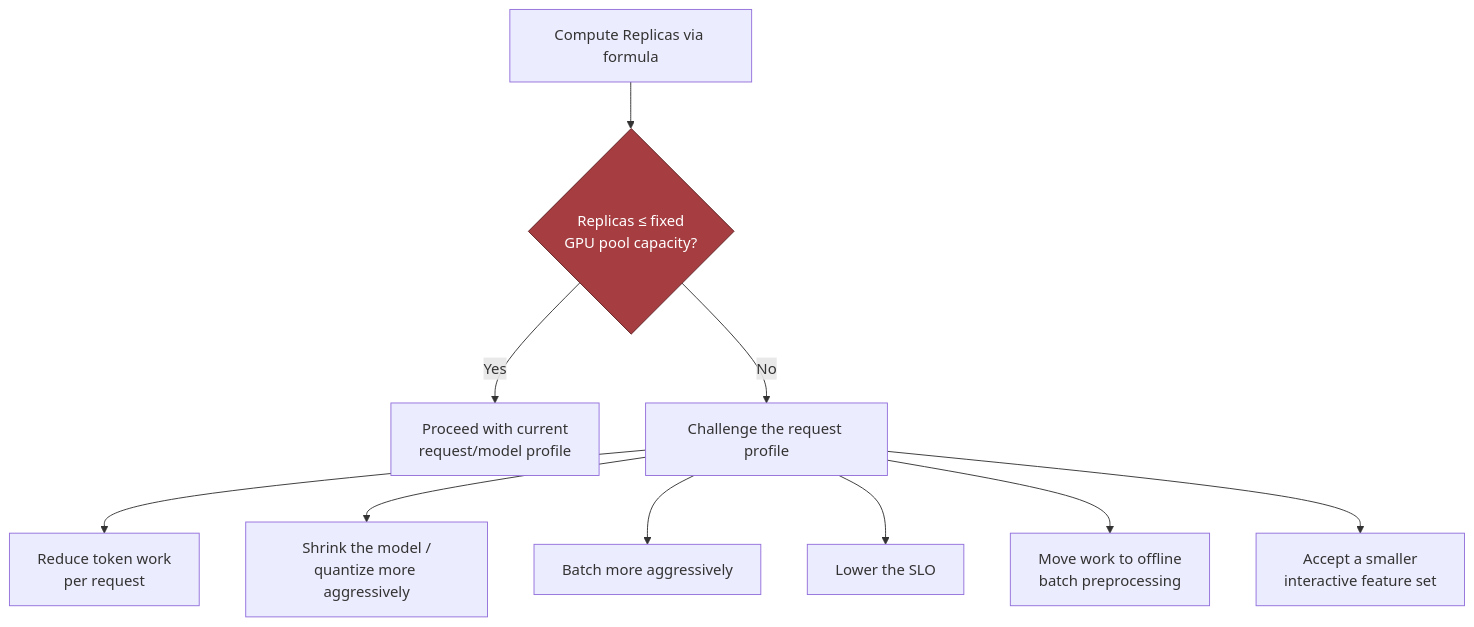
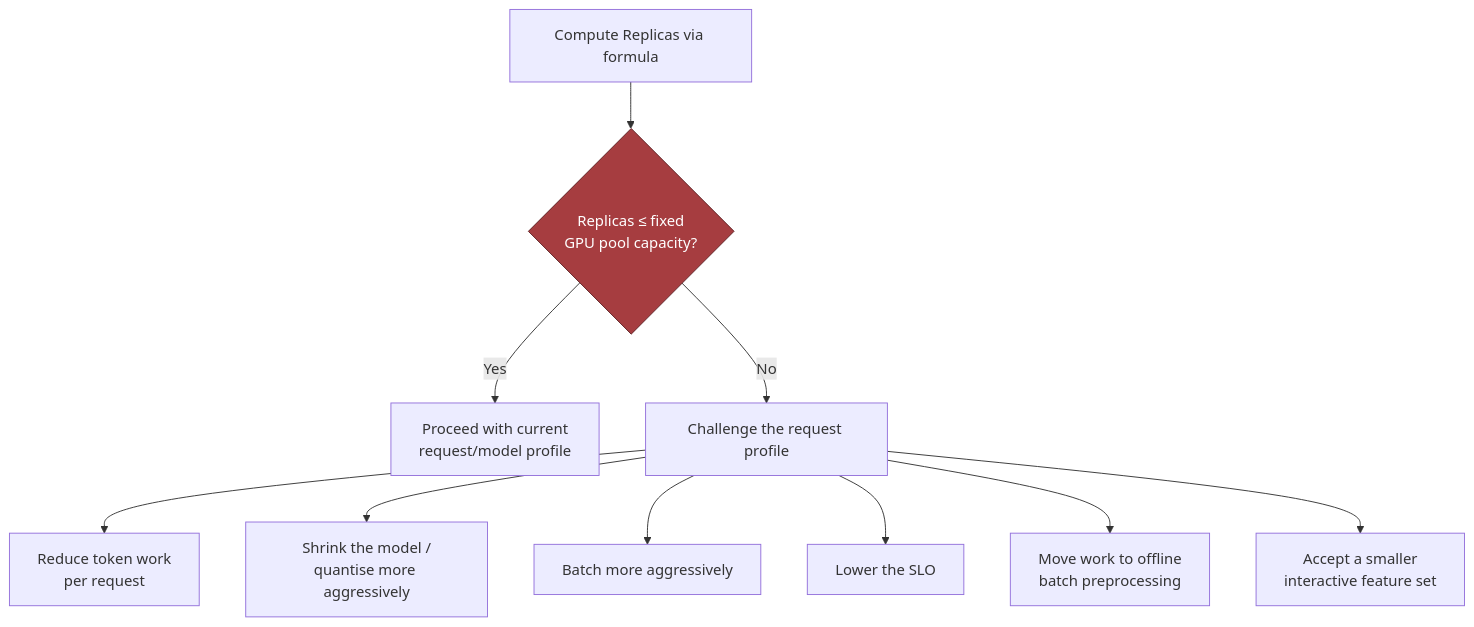
One commit to Sourav692/Forward-Deployed-Engineer-Interview-Prep changed the diagram in 02_System_Design_Case_Studies/Standalone_Designs/19_Air_Gapped_AI_System/3_Tutorial/19_Tutorial_Part_2.md. Above: the diagram before and after it, drawn with Mermaid. The commit also changed 197 other files, not shown here.

````diff
--- a/02_System_Design_Case_Studies/Standalone_Designs/19_Air_Gapped_AI_System/3_Tutorial/19_Tutorial_Part_2.md
+++ b/02_System_Design_Case_Studies/Standalone_Designs/19_Air_Gapped_AI_System/3_Tutorial/19_Tutorial_Part_2.md
@@ -50,13 +50,13 @@
 ```mermaid
 flowchart TD
     R["Compute Replicas via formula"] --> Q{"Replicas ≤ fixed<br/>GPU pool capacity?"}
     Q -->|Yes| OK["Proceed with current<br/>request/model profile"]
     Q -->|No| Options["Challenge the request profile"]
     Options --> O1["Reduce token work<br/>per request"]
-    Options --> O2["Shrink the model /<br/>quantize more aggressively"]
+    Options --> O2["Shrink the model /<br/>quantise more aggressively"]
     Options --> O3["Batch more aggressively"]
     Options --> O4["Lower the SLO"]
     Options --> O5["Move work to offline<br/>batch preprocessing"]
     Options --> O6["Accept a smaller<br/>interactive feature set"]
     style Q fill:#a63d40,stroke:#5c1f22,color:#fff
 ```
````
